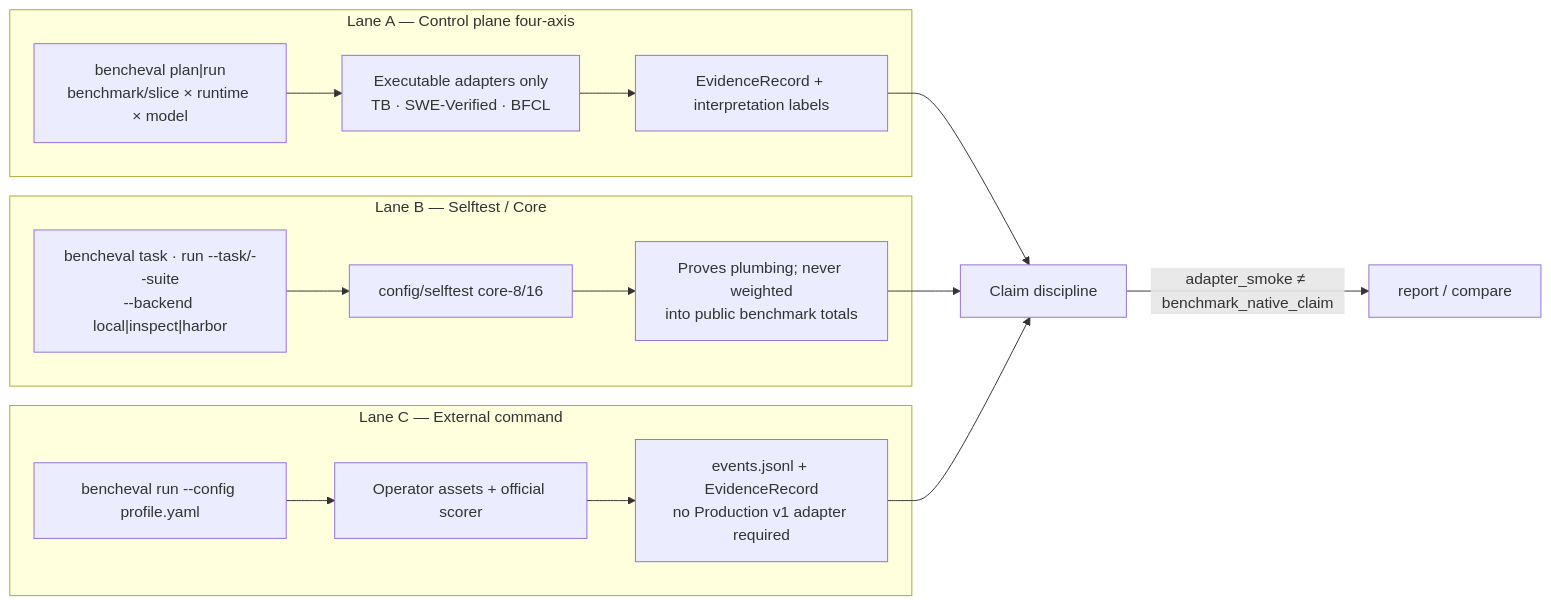
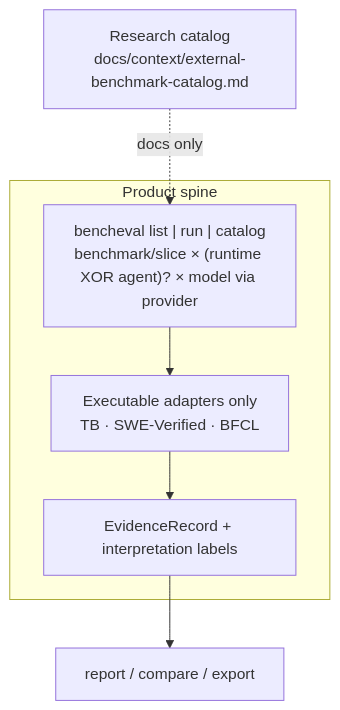
Before and after one commit to Lyther/BenchEval: the diagram in docs/diagrams/lanes-overview.md, drawn with Mermaid. The commit also changed other lines of this file and 323 other files, not shown here.

First line of the commit message:
feat(control-plane): prune to admitted product spine

````diff
--- a/docs/diagrams/lanes-overview.md
+++ b/docs/diagrams/lanes-overview.md
@@ -5,29 +5,14 @@
 ```mermaid
-flowchart LR
-    subgraph ControlPlane["Lane A — Control plane four-axis"]
-        A1["bencheval plan|run<br/>benchmark/slice × runtime × model"]
-        A2["Executable adapters only<br/>TB · SWE-Verified · BFCL"]
-        A3["EvidenceRecord + interpretation labels"]
-        A1 --> A2 --> A3
+flowchart TB
+    subgraph Product["Product spine"]
+        P1["bencheval list | run | catalog<br/>benchmark/slice × (runtime XOR agent)? × model via provider"]
+        P2["Executable adapters only<br/>TB · SWE-Verified · BFCL"]
+        P3["EvidenceRecord + interpretation labels"]
+        P1 --> P2 --> P3
     end
 
-    subgraph Selftest["Lane B — Selftest / Core"]
-        B1["bencheval task · run --task/--suite<br/>--backend local|inspect|harbor"]
-        B2["config/selftest core-8/16"]
-        B3["Proves plumbing; never weighted<br/>into public benchmark totals"]
-        B1 --> B2 --> B3
-    end
+    Catalog["Research catalog<br/>docs/context/external-benchmark-catalog.md"]
+    Catalog -.->|"docs only"| P1
 
-    subgraph External["Lane C — External command"]
-        C1["bencheval run --config profile.yaml"]
-        C2["Operator assets + official scorer"]
-        C3["events.jsonl + EvidenceRecord<br/>no Production v1 adapter required"]
-        C1 --> C2 --> C3
-    end
-
-    Claim["Claim discipline"]
-    A3 --> Claim
-    B3 --> Claim
-    C3 --> Claim
-    Claim -->|"adapter_smoke ≠ benchmark_native_claim"| Reports["report / compare"]
+    P3 --> Reports["report / compare / export"]
 ```
````
